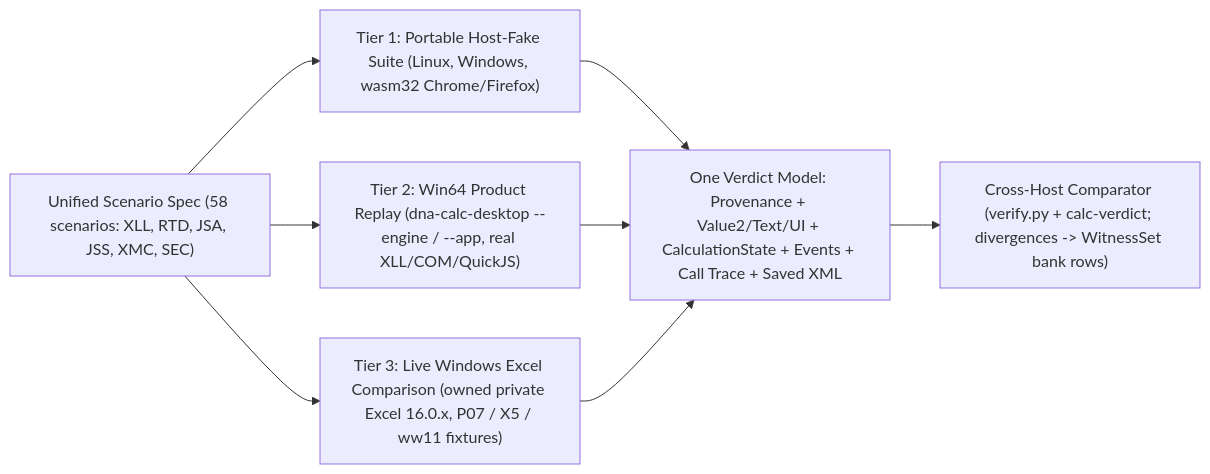
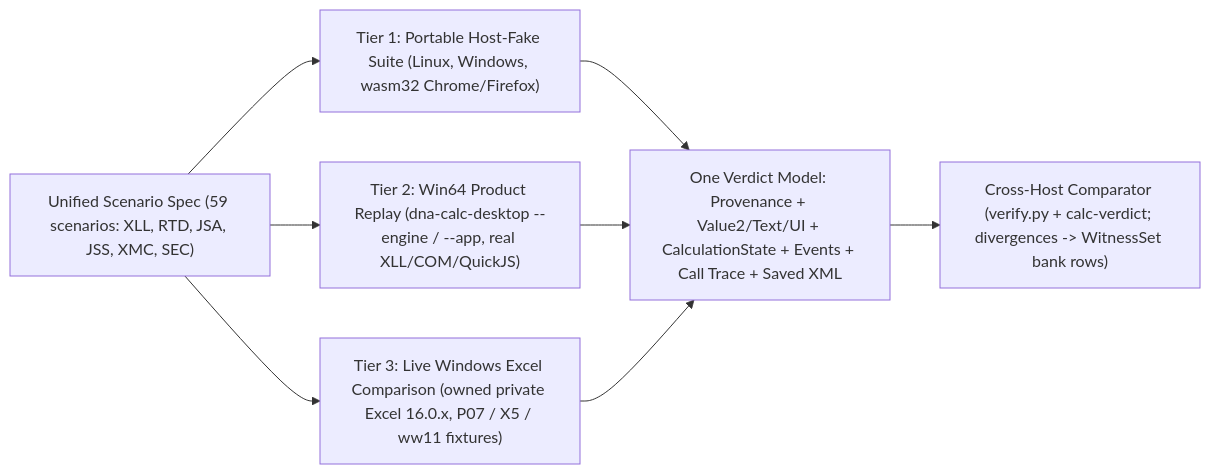
One commit to DnaCalc/DnaCalc changed the diagram in docs/architecture/ASYNC_PARITY_TEST_SUITE.md. Above: the diagram before and after it, drawn with Mermaid. The commit also changed other lines of this file and 2 other files, not shown here.

````diff
--- a/docs/architecture/ASYNC_PARITY_TEST_SUITE.md
+++ b/docs/architecture/ASYNC_PARITY_TEST_SUITE.md
@@ -25,12 +25,12 @@
 ```mermaid
 flowchart LR
-    SPEC["Unified Scenario Spec (58 scenarios: XLL, RTD, JSA, JSS, XMC, SEC)"]
+    SPEC["Unified Scenario Spec (59 scenarios: XLL, RTD, JSA, JSS, XMC, SEC)"]
     SPEC --> T1["Tier 1: Portable Host-Fake Suite (Linux, Windows, wasm32 Chrome/Firefox)"]
     SPEC --> T2["Tier 2: Win64 Product Replay (dna-calc-desktop --engine / --app, real XLL/COM/QuickJS)"]
     SPEC --> T3["Tier 3: Live Windows Excel Comparison (owned private Excel 16.0.x, P07 / X5 / ww11 fixtures)"]
 
     T1 --> V["One Verdict Model: Provenance + Value2/Text/UI + CalculationState + Events + Call Trace + Saved XML"]
     T2 --> V
     T3 --> V
     V --> DIFF["Cross-Host Comparator (verify.py + calc-verdict; divergences -> WitnessSet bank rows)"]
 ```
````
